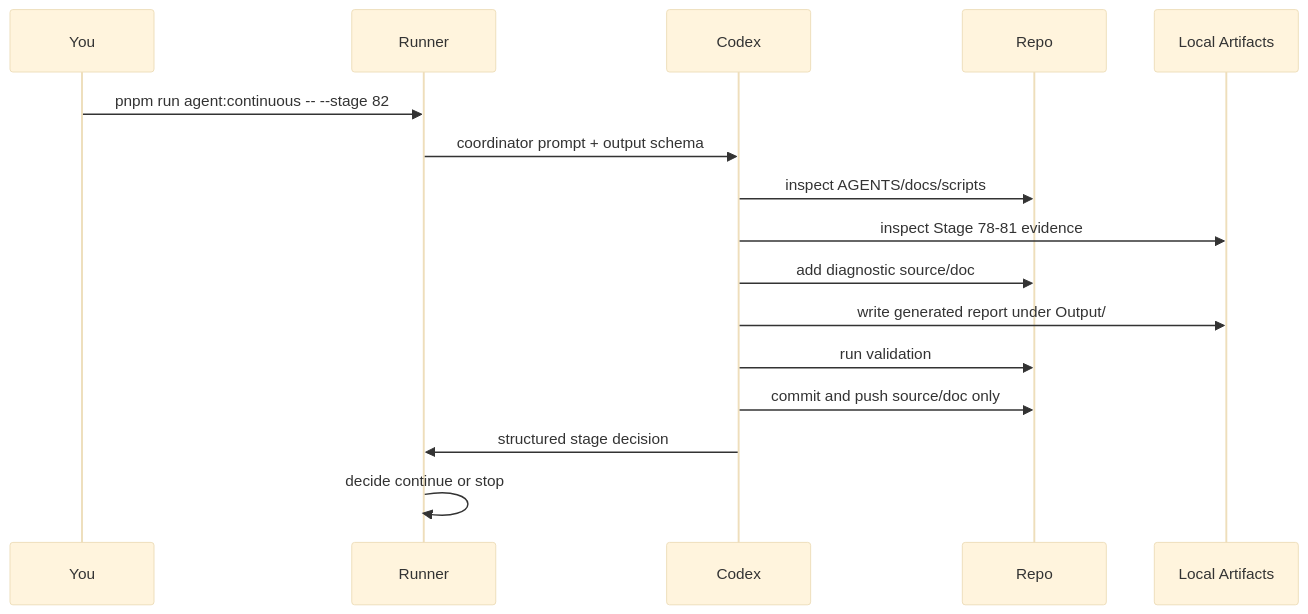
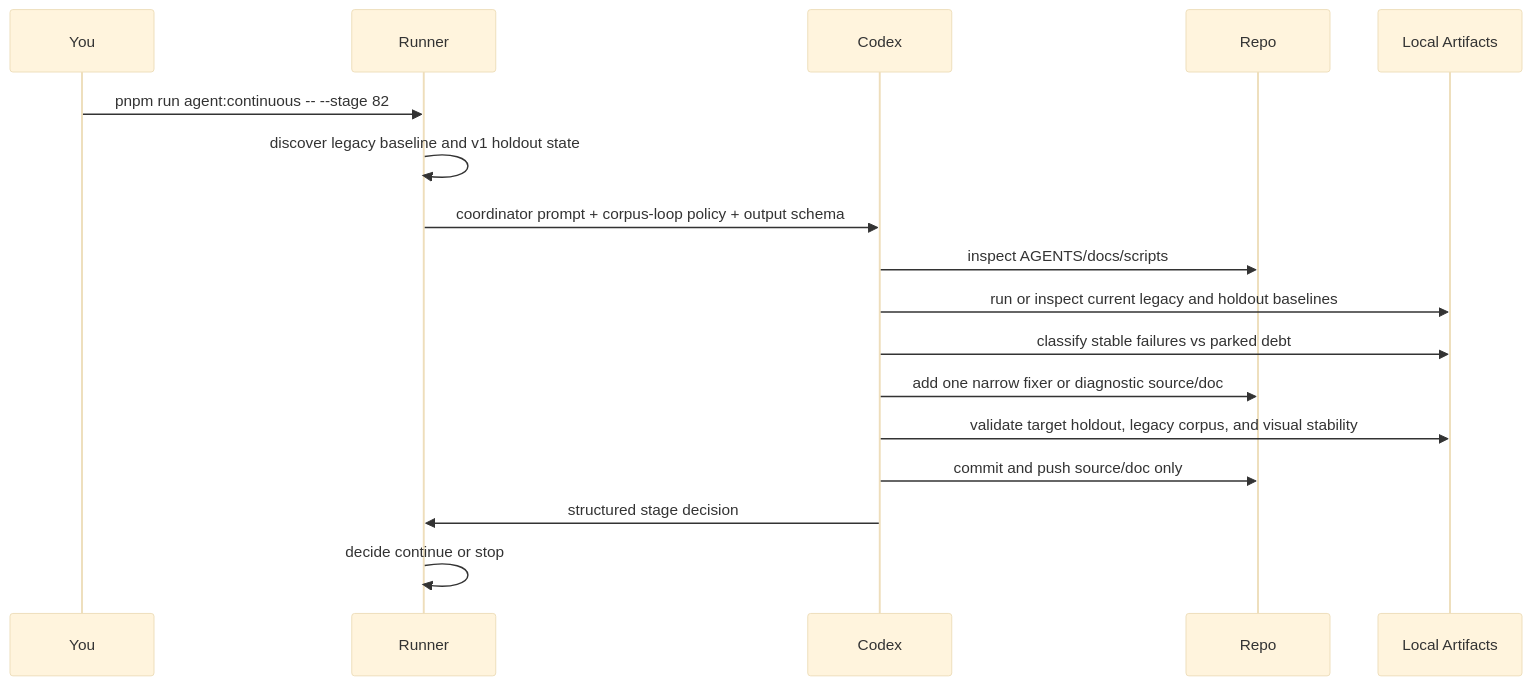
Before and after one commit to fourtytwo42/PDFAF_v2: the second of 4 diagrams in docs/codex-stage-flow.md, drawn with Mermaid (base theme). The commit also changed other lines of this file and 1 other file, not shown here.

Commit message:
Align evolve runner with corpus loop

````diff
--- a/docs/codex-stage-flow.md
+++ b/docs/codex-stage-flow.md
@@ -43,19 +48,20 @@
 ```mermaid
 sequenceDiagram
   participant You
   participant Runner
   participant Codex
   participant Repo
   participant Bench as Local Artifacts
 
   You->>Runner: pnpm run agent:continuous -- --stage 82
-  Runner->>Codex: coordinator prompt + output schema
+  Runner->>Runner: discover legacy baseline and v1 holdout state
+  Runner->>Codex: coordinator prompt + corpus-loop policy + output schema
   Codex->>Repo: inspect AGENTS/docs/scripts
-  Codex->>Bench: inspect Stage 78-81 evidence
-  Codex->>Repo: add diagnostic source/doc
-  Codex->>Bench: write generated report under Output/
-  Codex->>Repo: run validation
+  Codex->>Bench: run or inspect current legacy and holdout baselines
+  Codex->>Bench: classify stable failures vs parked debt
+  Codex->>Repo: add one narrow fixer or diagnostic source/doc
+  Codex->>Bench: validate target holdout, legacy corpus, and visual stability
   Codex->>Repo: commit and push source/doc only
   Codex->>Runner: structured stage decision
   Runner->>Runner: decide continue or stop
 ```
````
